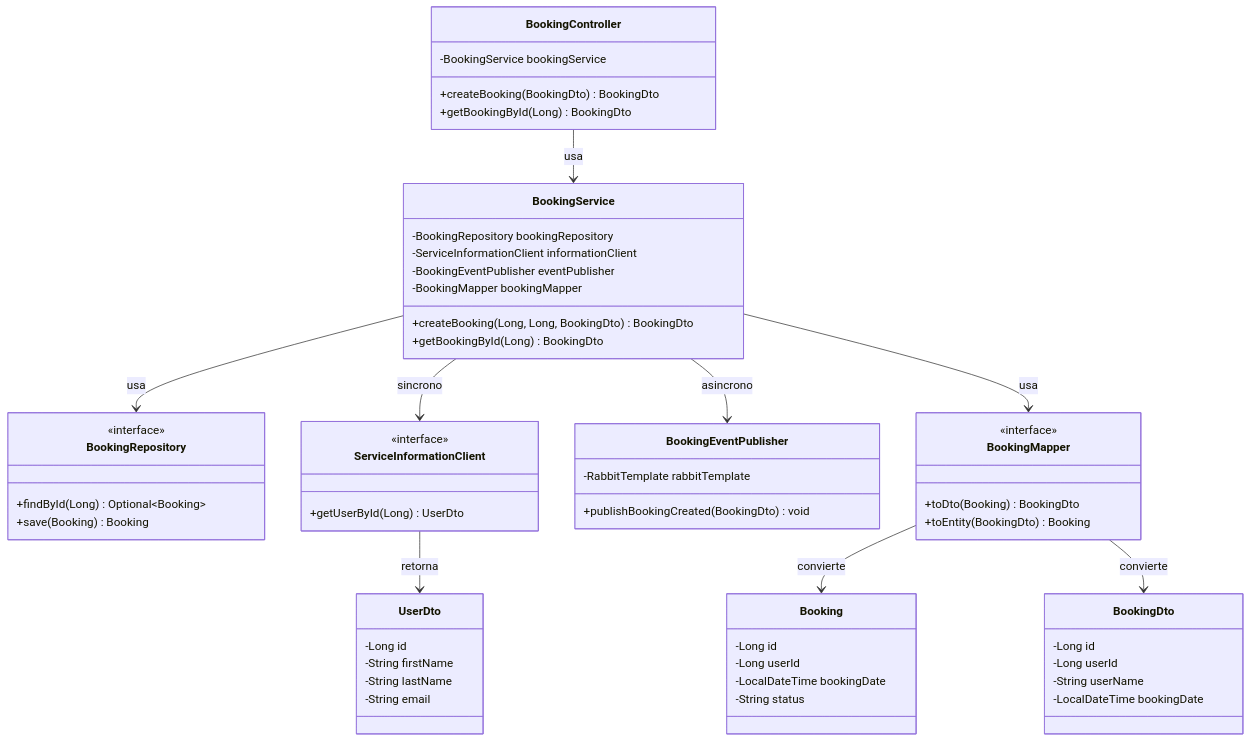
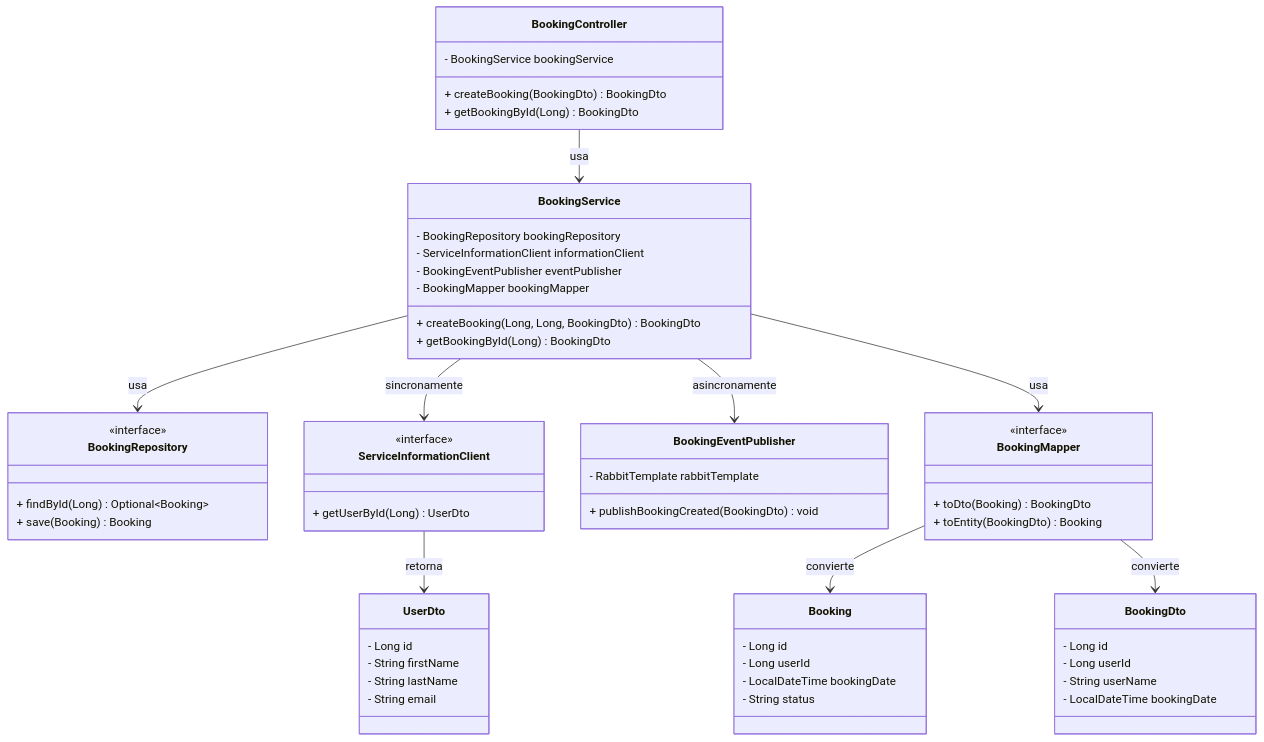
One commit to arielhurtado/springbootexamples changed the third of 5 diagrams in BokingGymNewVersion/architecture.md. Above: the diagram before and after it, drawn with Mermaid. The commit also changed other lines of this file, not shown here.

First line of the commit message:
Normaliza sintaxis y mejora diagramas en arquitectura

````diff
--- a/BokingGymNewVersion/architecture.md
+++ b/BokingGymNewVersion/architecture.md
@@ -191,69 +194,69 @@
 ```mermaid
 classDiagram
     class BookingController {
-        -BookingService bookingService
-        +createBooking(BookingDto) BookingDto
-        +getBookingById(Long) BookingDto
+        - BookingService bookingService
+        + createBooking(BookingDto) BookingDto
+        + getBookingById(Long) BookingDto
     }
 
     class BookingService {
-        -BookingRepository bookingRepository
-        -ServiceInformationClient informationClient
-        -BookingEventPublisher eventPublisher
-        -BookingMapper bookingMapper
-        +createBooking(Long, Long, BookingDto) BookingDto
-        +getBookingById(Long) BookingDto
+        - BookingRepository bookingRepository
+        - ServiceInformationClient informationClient
+        - BookingEventPublisher eventPublisher
+        - BookingMapper bookingMapper
+        + createBooking(Long, Long, BookingDto) BookingDto
+        + getBookingById(Long) BookingDto
     }
 
     class BookingRepository {
         <<interface>>
-        +findById(Long) Optional~Booking~
-        +save(Booking) Booking
+        + findById(Long) Optional~Booking~
+        + save(Booking) Booking
     }
 
     class ServiceInformationClient {
         <<interface>>
-        +getUserById(Long) UserDto
+        + getUserById(Long) UserDto
     }
 
     class BookingEventPublisher {
-        -RabbitTemplate rabbitTemplate
-        +publishBookingCreated(BookingDto) void
+        - RabbitTemplate rabbitTemplate
+        + publishBookingCreated(BookingDto) void
     }
 
     class BookingMapper {
         <<interface>>
-        +toDto(Booking) BookingDto
-        +toEntity(BookingDto) Booking
+        + toDto(Booking) BookingDto
+        + toEntity(BookingDto) Booking
     }
 
     class Booking {
-        -Long id
-        -Long userId
-        -LocalDateTime bookingDate
-        -String status
+        - Long id
+        - Long userId
+        - LocalDateTime bookingDate
+        - String status
     }
 
     class BookingDto {
-        -Long id
-        -Long userId
-        -String userName
-        -LocalDateTime bookingDate
+        - Long id
+        - Long userId
+        - String userName
+        - LocalDateTime bookingDate
     }
 
     class UserDto {
-        -Long id
-        -String firstName
-        -String lastName
-        -String email
+        - Long id
+        - String firstName
+        - String lastName
+        - String email
     }
 
     BookingController --> BookingService : usa
     BookingService --> BookingRepository : usa
-    BookingService --> ServiceInformationClient : sincrono
-    BookingService --> BookingEventPublisher : asincrono
+    BookingService --> ServiceInformationClient : sincronamente
+    BookingService --> BookingEventPublisher : asincronamente
     BookingService --> BookingMapper : usa
     BookingMapper --> Booking : convierte
     BookingMapper --> BookingDto : convierte
     ServiceInformationClient --> UserDto : retorna
 ```
````
